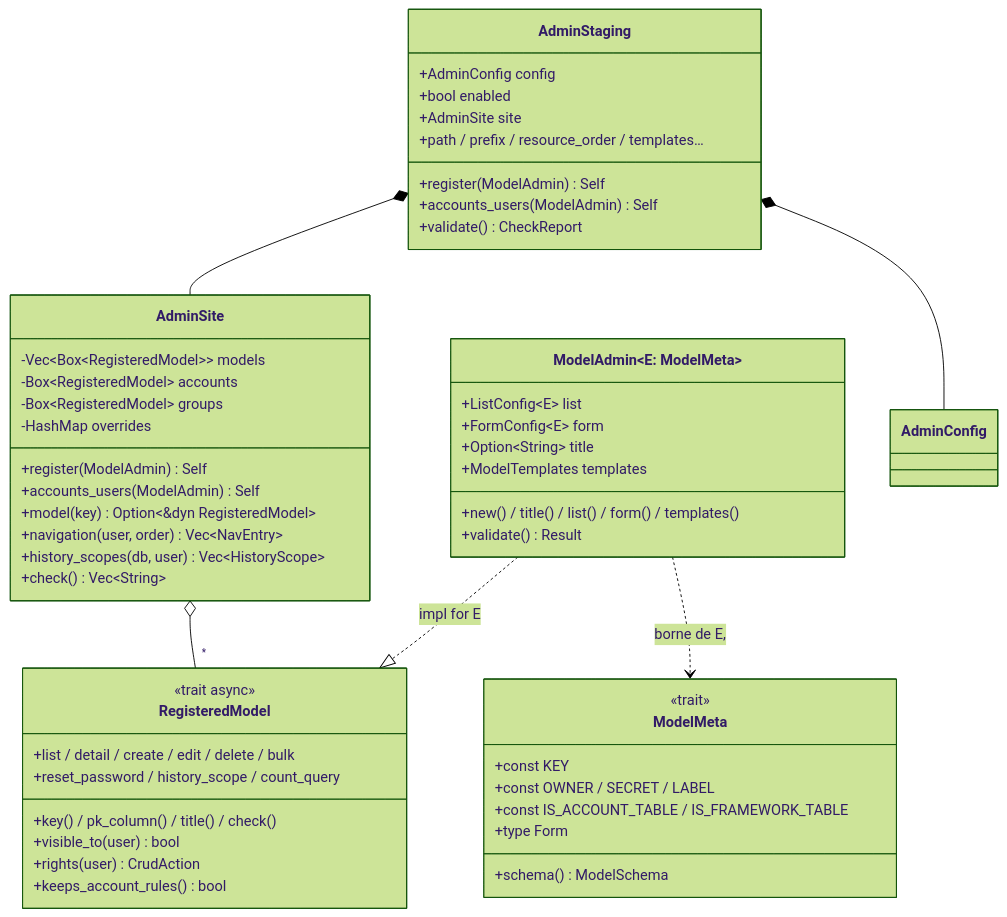
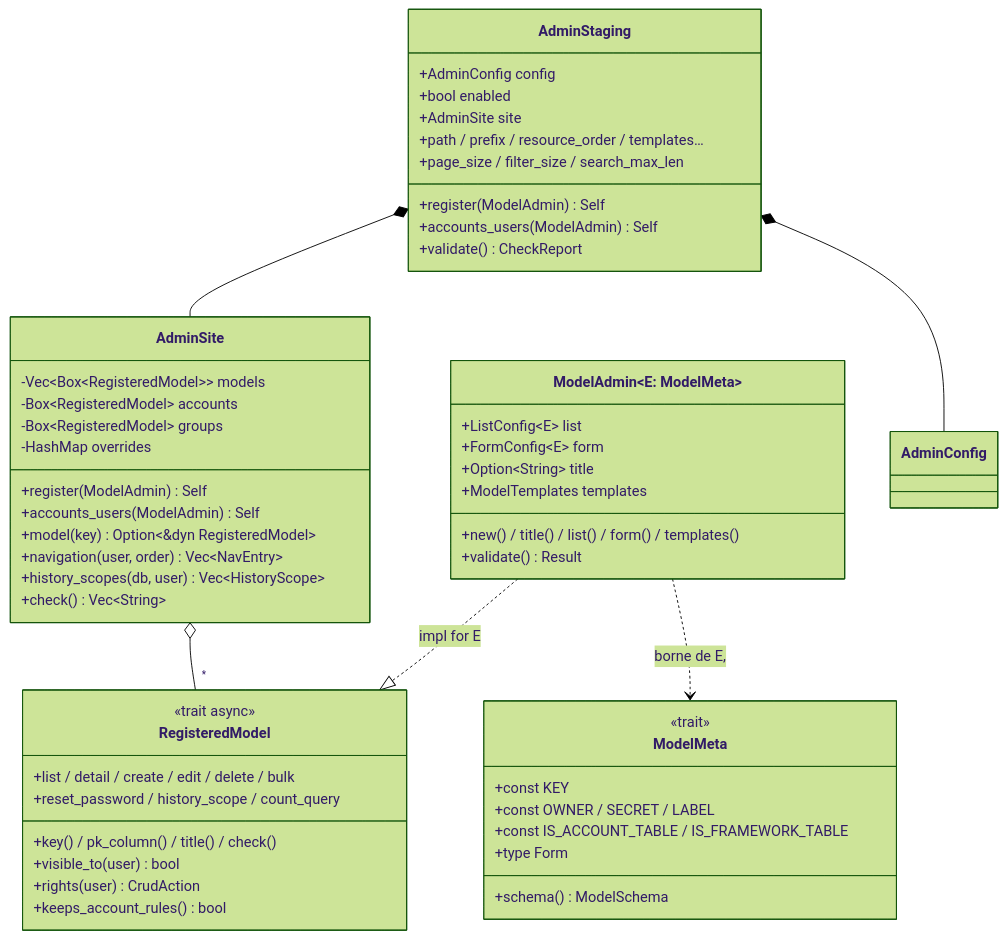
One commit to seb-alliot/runique changed the first of 6 diagrams in diagramme/uml/admin/admin-resource-permissions.md. Above: the diagram before and after it, drawn with Mermaid (forest theme). The commit also changed other lines of this file and 57 other files, not shown here.

Commit message:
fix few bug && diagramme

````diff
--- a/diagramme/uml/admin/admin-resource-permissions.md
+++ b/diagramme/uml/admin/admin-resource-permissions.md
@@ -17,54 +17,55 @@
 ```mermaid
 classDiagram
     class AdminStaging {
         +AdminConfig config
         +bool enabled
         +AdminSite site
         +register(ModelAdmin) Self
         +accounts_users(ModelAdmin) Self
         +path / prefix / resource_order / templates…
+        +page_size / filter_size / search_max_len
         +validate() CheckReport
     }
     class AdminSite {
         -Vec~Box~RegisteredModel~~ models
         -Box~RegisteredModel~ accounts
         -Box~RegisteredModel~ groups
         -HashMap overrides
         +register(ModelAdmin) Self
         +accounts_users(ModelAdmin) Self
         +model(key) Option~&dyn RegisteredModel~
         +navigation(user, order) Vec~NavEntry~
         +history_scopes(db, user) Vec~HistoryScope~
         +check() Vec~String~
     }
     class ModelAdmin~E: ModelMeta~ {
         +ListConfig~E~ list
         +FormConfig~E~ form
         +Option~String~ title
         +ModelTemplates templates
         +new() / title() / list() / form() / templates()
         +validate() Result
     }
     class RegisteredModel {
         <<trait async>>
         +key() / pk_column() / title() / check()
         +visible_to(user) bool
         +rights(user) CrudAction
         +list / detail / create / edit / delete / bulk
         +reset_password / history_scope / count_query
         +keeps_account_rules() bool
     }
     class ModelMeta {
         <<trait>>
         +const KEY
         +const OWNER / SECRET / LABEL
         +const IS_ACCOUNT_TABLE / IS_FRAMEWORK_TABLE
         +type Form
         +schema() ModelSchema
     }
     AdminStaging *-- AdminSite
     AdminStaging *-- AdminConfig
     AdminSite o-- "*" RegisteredModel
     ModelAdmin ..|> RegisteredModel : impl for E
     ModelAdmin ..> ModelMeta : borne de E,
 ```
````
